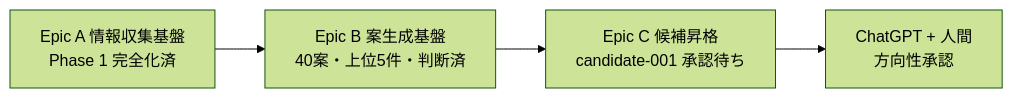
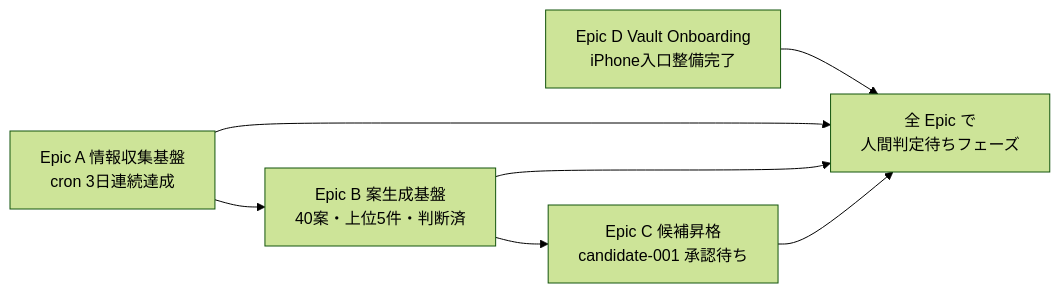
Before and after one commit to kaeru07/vault: the diagram in 05_monetization/epics.md, drawn with Mermaid (forest theme). The commit also changed other lines of this file and 1 other file, not shown here.

Commit message:
vloop: Issue #57 iPhone導線実運用確認(00_START_HEREにチェックリスト+scenarios直接導線+Epic D追加)

````diff
--- a/05_monetization/epics.md
+++ b/05_monetization/epics.md
@@ -92,6 +110,9 @@
 ```mermaid
 flowchart LR
-  A["Epic A 情報収集基盤<br/>Phase 1 完全化済"] --> B["Epic B 案生成基盤<br/>40案・上位5件・判断済"]
+  A["Epic A 情報収集基盤<br/>cron 3日連続達成"] --> B["Epic B 案生成基盤<br/>40案・上位5件・判断済"]
   B --> C["Epic C 候補昇格<br/>candidate-001 承認待ち"]
-  C --> Human["ChatGPT + 人間<br/>方向性承認"]
+  D["Epic D Vault Onboarding<br/>iPhone入口整備完了"] --> All["全 Epic で<br/>人間判定待ちフェーズ"]
+  A --> All
+  B --> All
+  C --> All
 ```
````
